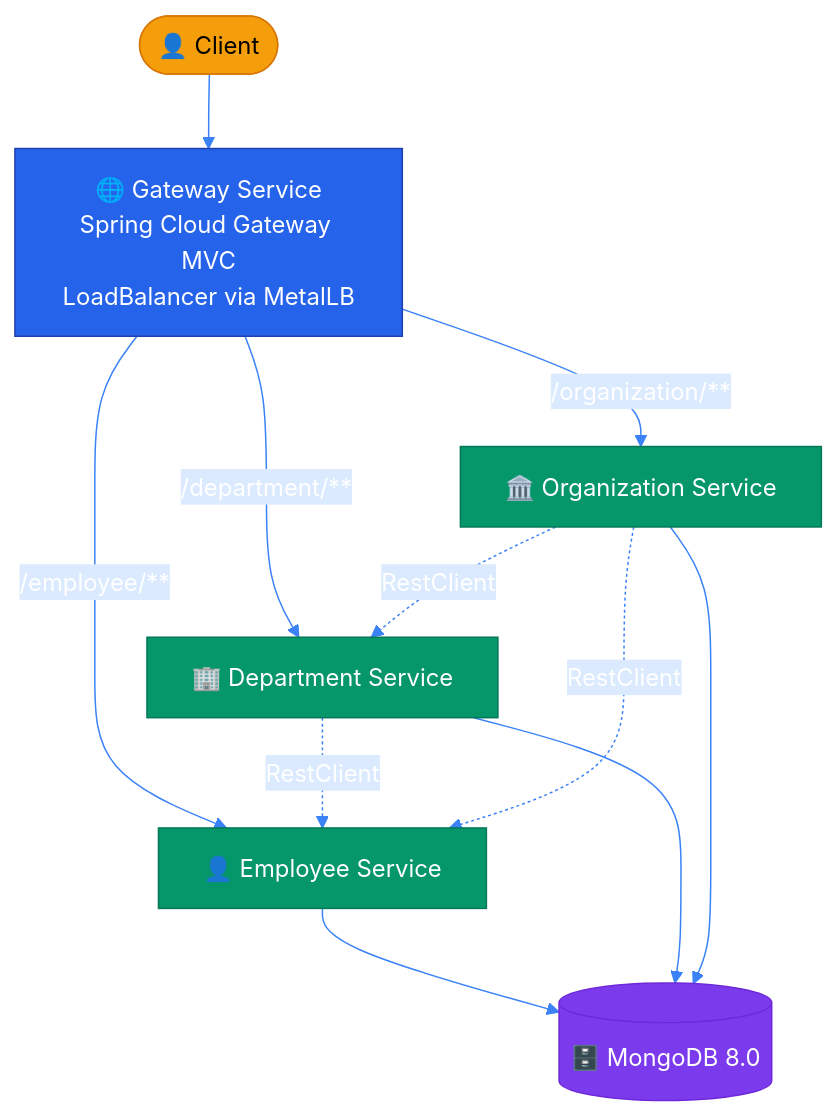
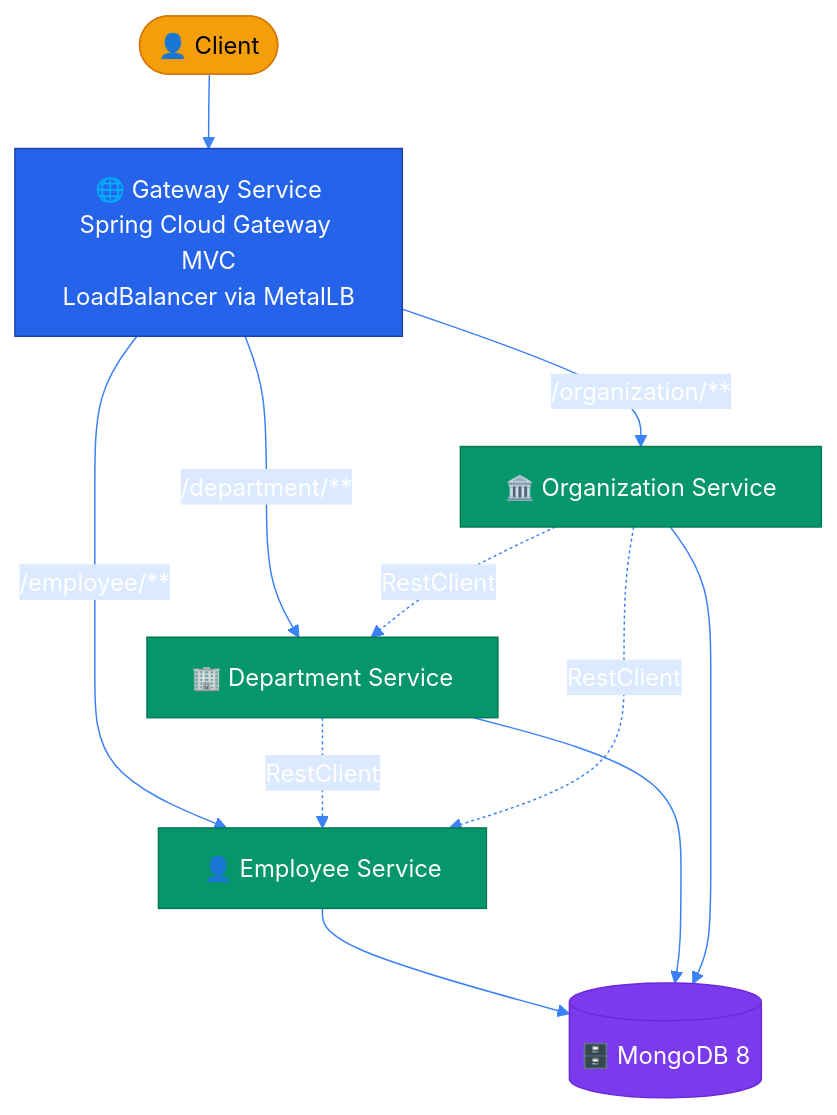
Before and after one commit to AndriyKalashnykov/spring-microservices-k8s: the diagram in README.md, drawn with Mermaid. The commit also changed other lines of this file and 2 other files, not shown here.

Commit message:
docs: fix MongoDB version refs (8.0→8, matches bitnami/mongodb:latest)

````diff
--- a/README.md
+++ b/README.md
@@ -26,35 +26,35 @@
 ```mermaid
 %%{init: {'theme': 'base', 'themeVariables': {
   'primaryColor': '#1e40af',
   'primaryTextColor': '#ffffff',
   'primaryBorderColor': '#1e3a5f',
   'lineColor': '#3b82f6',
   'secondaryColor': '#dbeafe',
   'tertiaryColor': '#f0f9ff',
   'fontFamily': 'arial'
 }}}%%
 graph TB
     Client([👤 Client]):::client --> Gateway[🌐 Gateway Service<br/>Spring Cloud Gateway MVC<br/>LoadBalancer via MetalLB]
 
     Gateway -->|/employee/**| Employee[👤 Employee Service]
     Gateway -->|/department/**| Department[🏢 Department Service]
     Gateway -->|/organization/**| Organization[🏛️ Organization Service]
 
     Department -.->|RestClient| Employee
     Organization -.->|RestClient| Employee
     Organization -.->|RestClient| Department
 
-    Employee --> MongoDB[(🗄️ MongoDB 8.0)]
+    Employee --> MongoDB[(🗄️ MongoDB 8)]
     Department --> MongoDB
     Organization --> MongoDB
 
     classDef client fill:#f59e0b,stroke:#d97706,color:#000
     classDef gateway fill:#2563eb,stroke:#1e40af,color:#fff
     classDef service fill:#059669,stroke:#047857,color:#fff
     classDef db fill:#7c3aed,stroke:#6d28d9,color:#fff
 
     class Client client
     class Gateway gateway
     class Employee,Department,Organization service
     class MongoDB db
 ```
````
